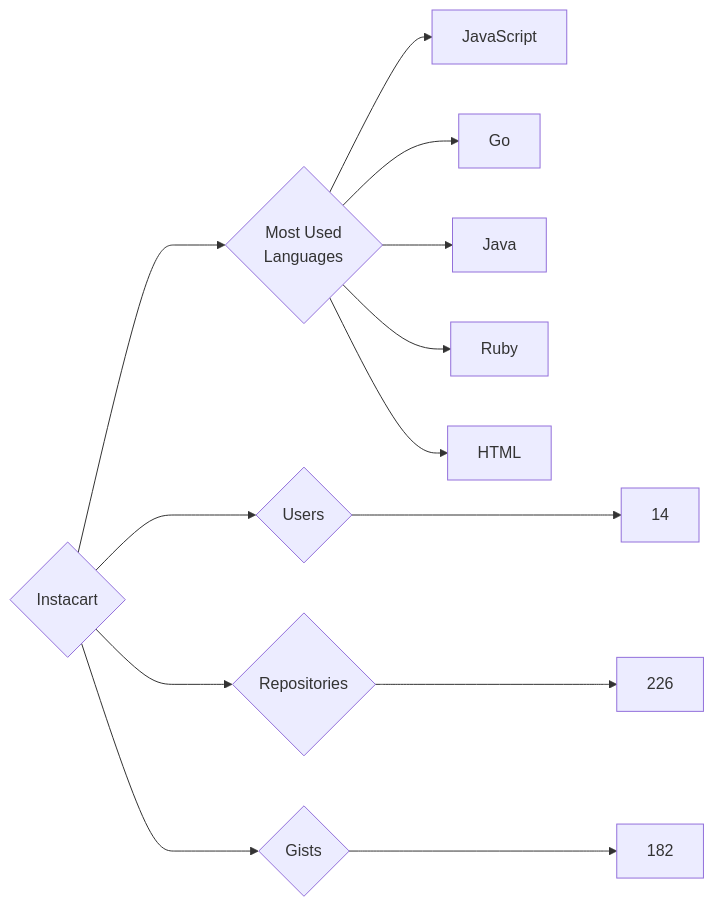
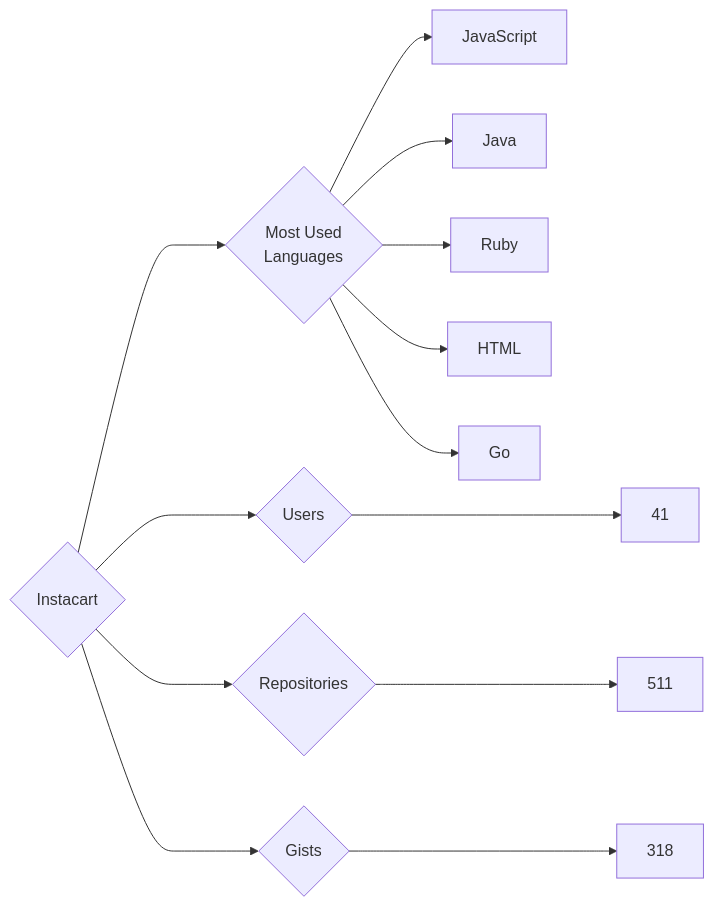
Before and after one commit to trickest/insiders: the diagram in targets/Instacart/README.md, drawn with Mermaid. The commit also changed 750 other files, not shown here.

````diff
--- a/targets/Instacart/README.md
+++ b/targets/Instacart/README.md
@@ -3,13 +3,13 @@
 ```mermaid
 graph LR
 COMPANY_NAME{Instacart}
-COMPANY_NAME ---> U{Users} ---> UN[14]
-COMPANY_NAME ---> R{Repositories} ---> RN[226]
-COMPANY_NAME ---> G{Gists} ---> GN[182]
+COMPANY_NAME ---> U{Users} ---> UN[41]
+COMPANY_NAME ---> R{Repositories} ---> RN[511]
+COMPANY_NAME ---> G{Gists} ---> GN[318]
 COMPANY_NAME ---> ML{Most Used<br>Languages}
 ML --> JavaScript[JavaScript]
-ML --> Go[Go]
 ML --> Java[Java]
 ML --> Ruby[Ruby]
 ML --> HTML[HTML]
+ML --> Go[Go]
 ```
````
